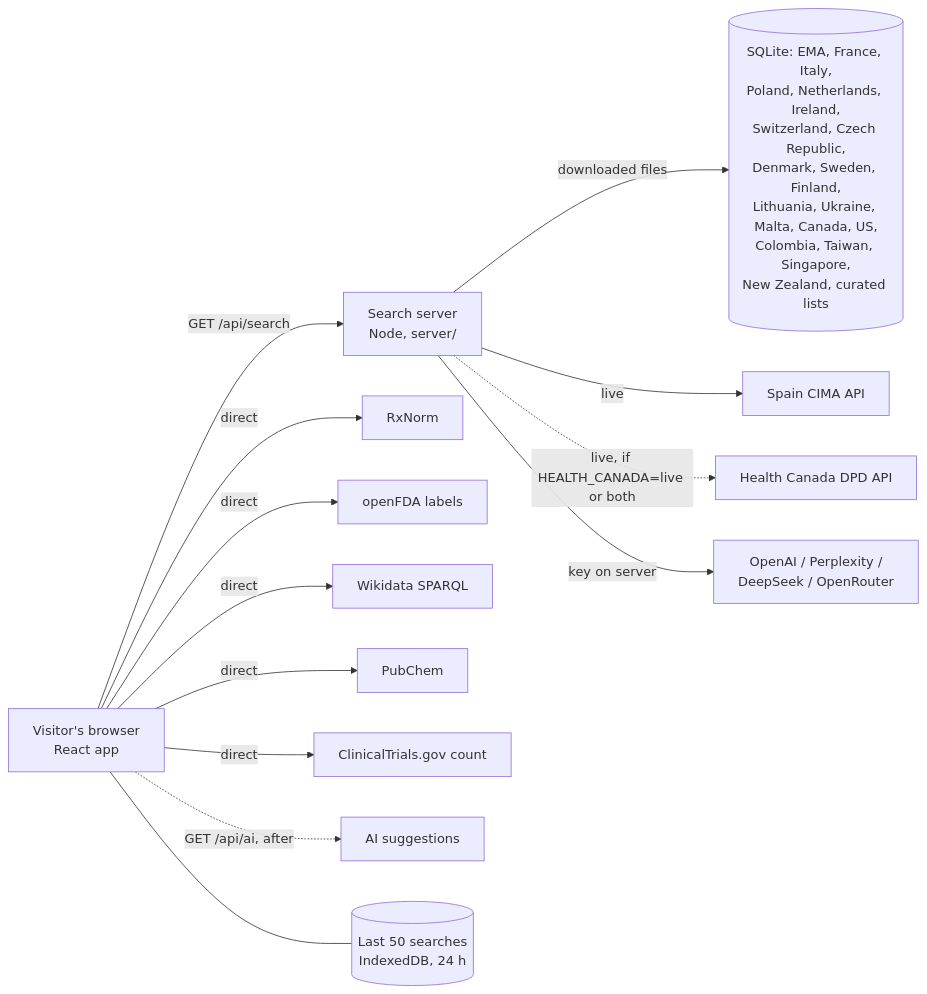
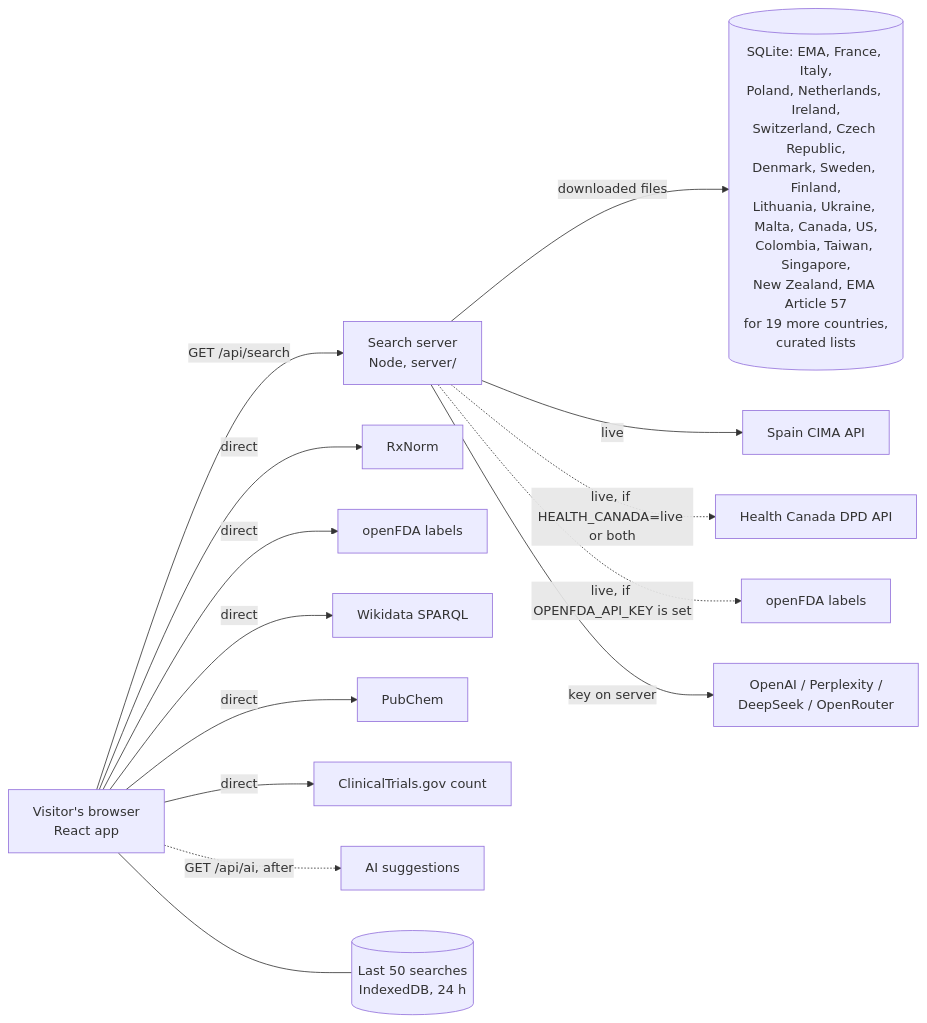
Before and after one commit to andreibesleaga/medicine-finder: the diagram in docs/ARCHITECTURE.md, drawn with Mermaid. The commit also changed other lines of this file and 5 other files, not shown here.

Commit message:
Docs: audit fixes (12 findings): proxy-header and cache statements corrected, Node 22.13, CI, release, rollback and recovery runbooks, architecture diagram

````diff
--- a/docs/ARCHITECTURE.md
+++ b/docs/ARCHITECTURE.md
@@ -11,15 +11,16 @@
 ```mermaid
 flowchart LR
   U[Visitor's browser<br/>React app] -->|GET /api/search| S[Search server<br/>Node, server/]
   U -->|direct| R[RxNorm]
   U -->|direct| F[openFDA labels]
   U -->|direct| W[Wikidata SPARQL]
   U -->|direct| P[PubChem]
   U -->|direct| T[ClinicalTrials.gov count]
   U -.->|GET /api/ai, after| AI2[AI suggestions]
   U --- C[(Last 50 searches<br/>IndexedDB, 24 h)]
-  S -->|downloaded files| D[(SQLite: EMA, France, Italy,<br/>Poland, Netherlands, Ireland,<br/>Switzerland, Czech Republic,<br/>Denmark, Sweden, Finland,<br/>Lithuania, Ukraine, Malta, Canada, US,<br/>Colombia, Taiwan, Singapore,<br/>New Zealand, curated lists)]
+  S -->|downloaded files| D[(SQLite: EMA, France, Italy,<br/>Poland, Netherlands, Ireland,<br/>Switzerland, Czech Republic,<br/>Denmark, Sweden, Finland,<br/>Lithuania, Ukraine, Malta, Canada, US,<br/>Colombia, Taiwan, Singapore,<br/>New Zealand, EMA Article 57<br/>for 19 more countries,<br/>curated lists)]
   S -->|live| ES[Spain CIMA API]
   S -.->|live, if HEALTH_CANADA=live or both| HC[Health Canada DPD API]
+  S -.->|live, if OPENFDA_API_KEY is set| OF[openFDA labels]
   S -->|key on server| AI[OpenAI / Perplexity /<br/>DeepSeek / OpenRouter]
 ```
````
